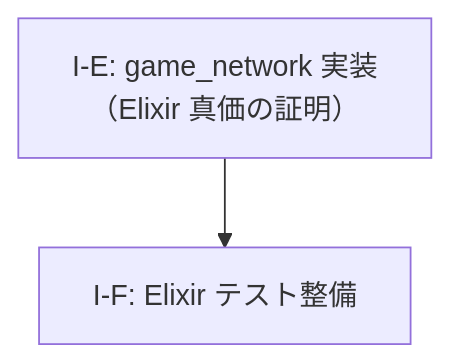
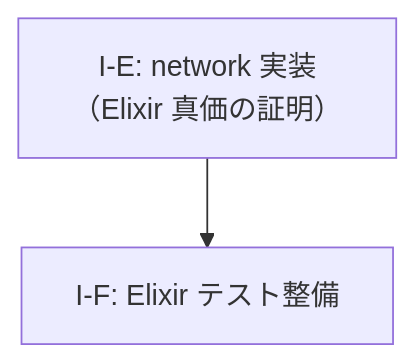
The diagram in docs/improvement-plan.md (FRICK-ELDY/alchemy-engine), drawn with Mermaid before and after one commit. The commit also changed other lines of this file and 76 other files, not shown here.

````diff
--- a/docs/improvement-plan.md
+++ b/docs/improvement-plan.md
@@ -69,7 +69,7 @@
 ```mermaid
 graph TD
-    IE["I-E: game_network 実装\n（Elixir 真価の証明）"]
+    IE["I-E: network 実装\n（Elixir 真価の証明）"]
     IF["I-F: Elixir テスト整備"]
 
     IE --> IF
 ```
````
